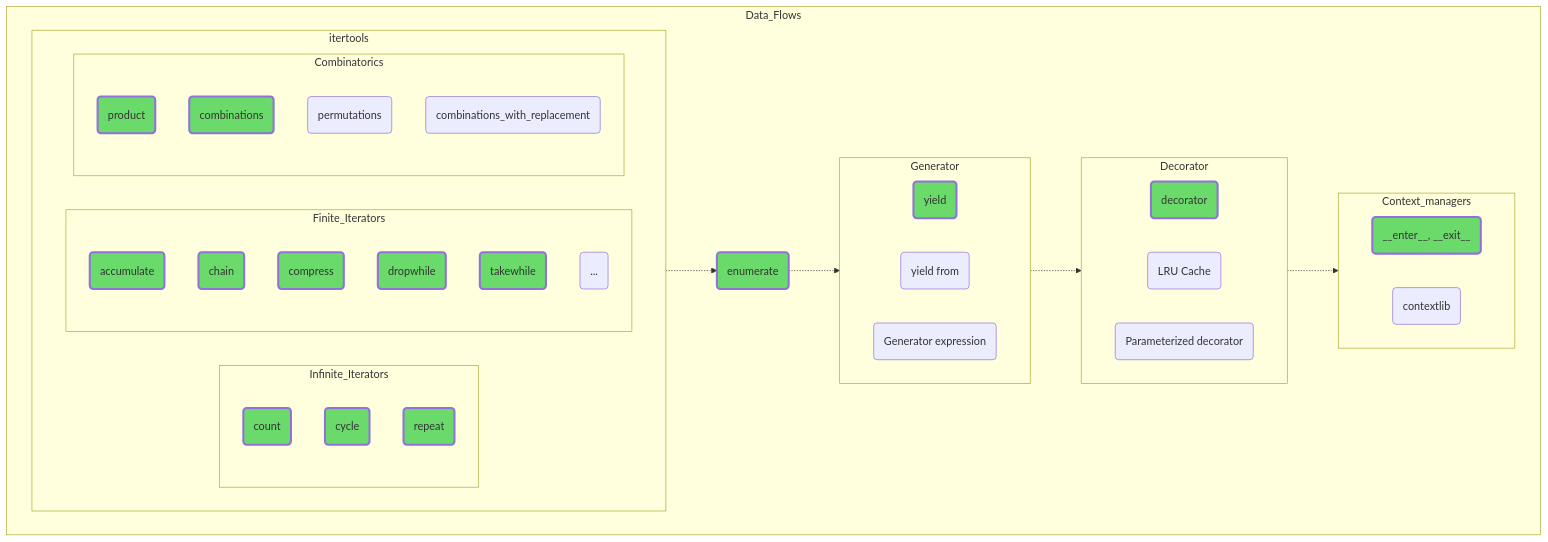
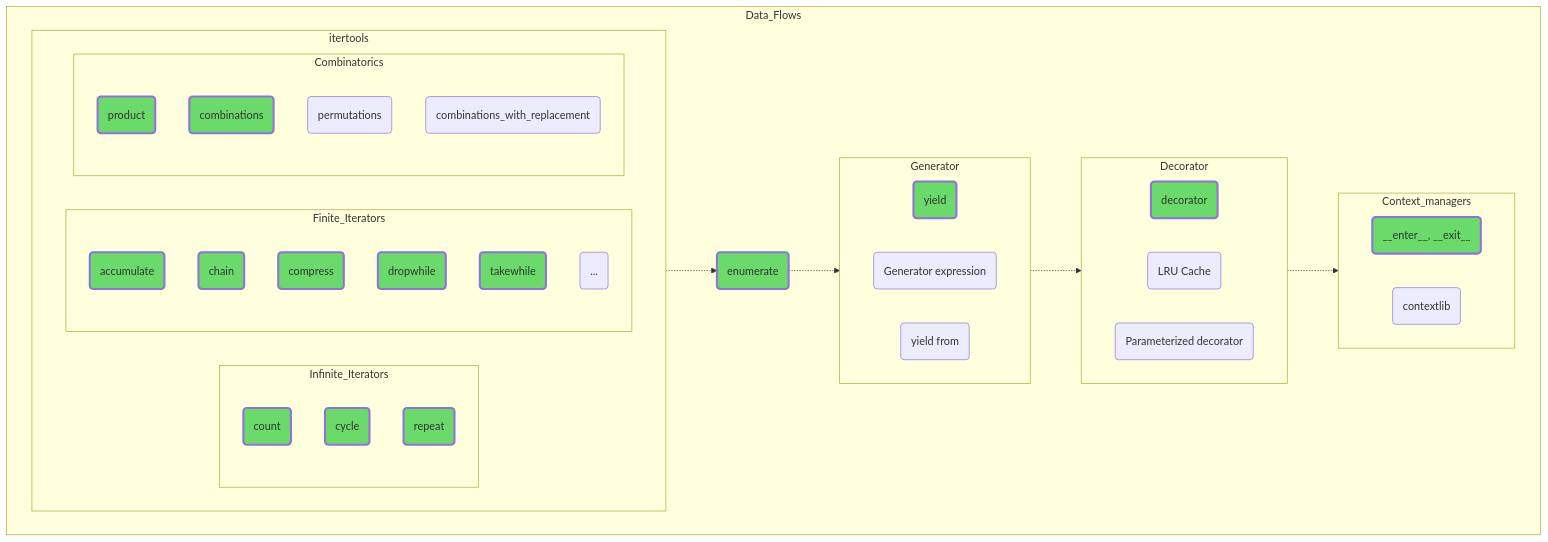
The third of 13 diagrams in readme.md (amaargiru/pyroad), drawn with Mermaid before and after one commit. The commit also changed other lines of this file and 15 other files, not shown here.

````diff
--- a/readme.md
+++ b/readme.md
@@ -209,75 +209,75 @@
 ```mermaid
 flowchart TD
 
 subgraph Data_Flows
 direction LR
 
 itertools -.-> enumerate -.-> Generator -.-> Decorator -.-> Context_managers
 
 subgraph itertools
 direction LR
 
 subgraph Infinite_Iterators
 icount(count)
 icycle(cycle)
 irepeat(repeat)
 end
 
 subgraph Finite_Iterators
 accumulate(accumulate)
 chain(chain)
 compress(compress)
 dropwhile(dropwhile)
 takewhile(takewhile)
 fimore(...)
 end
 
 subgraph Combinatorics
 product(product)
 combinations(combinations)
 permutations(permutations)
 combinations_with_replacement(combinations_with_replacement)
 end
 end
 
 enumerate(enumerate)
 
 subgraph Generator
 direction LR
 yield("yield")
+Generator_expression("Generator expression")
 yield_from("yield from")
-Generator_expression("Generator expression")
 end
 
 subgraph Decorator
 direction LR
 decorator(decorator)
 LRUCache("LRU Cache")
 param_decorator("Parameterized decorator")
 end
 
 subgraph Context_managers
 direction LR
 enter_exit_cm("__enter__, __exit__")
 contextlib(contextlib)
 end
 
 end
 
 classDef trainee fill:#6ADA6A, stroke-width:3px
 
 class icount trainee;
 class icycle trainee;
 class irepeat trainee;
 class accumulate trainee;
 class chain trainee;
 class compress trainee;
 class dropwhile trainee;
 class takewhile trainee;
 class product trainee;
 class combinations trainee;
 class enumerate trainee;
 class yield trainee;
 class decorator trainee;
 class enter_exit_cm trainee;
 ```
````
